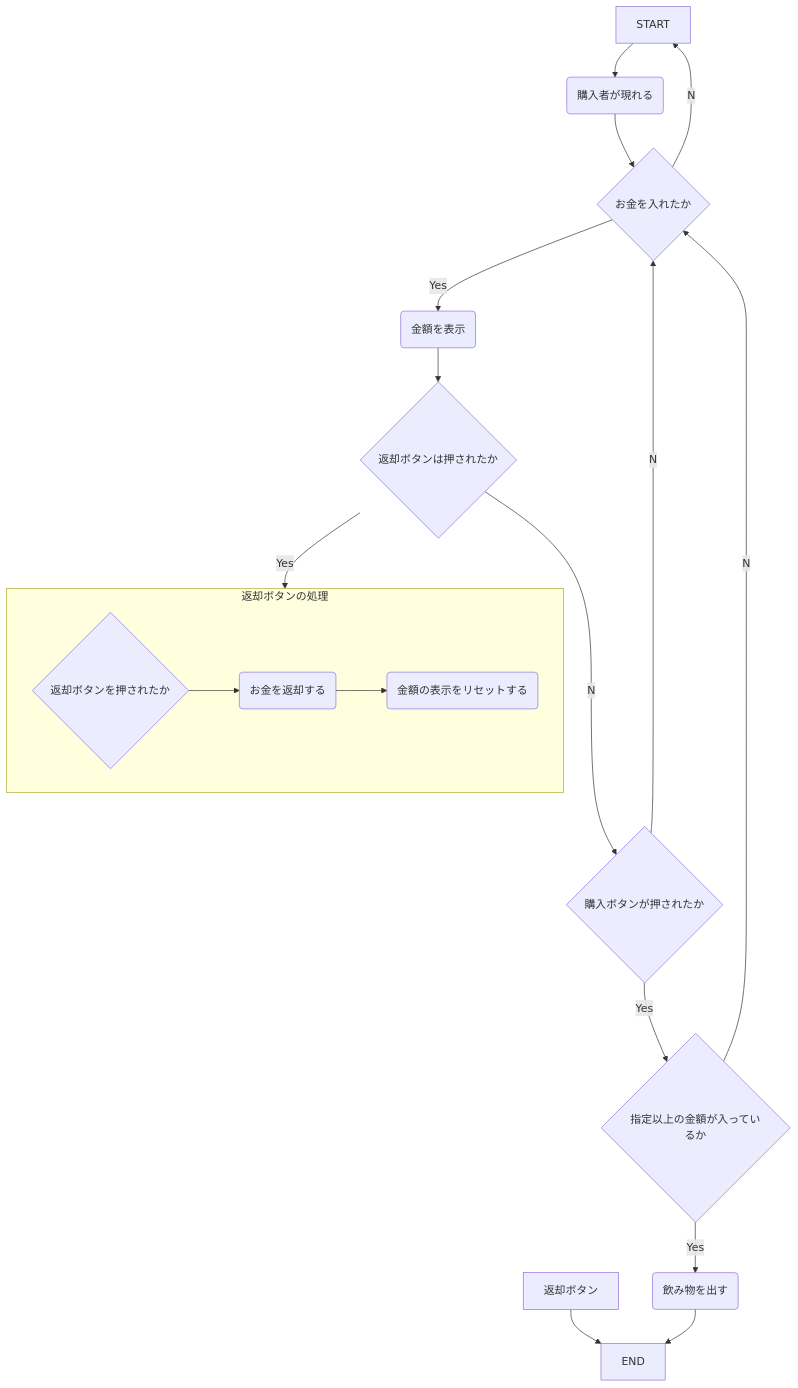
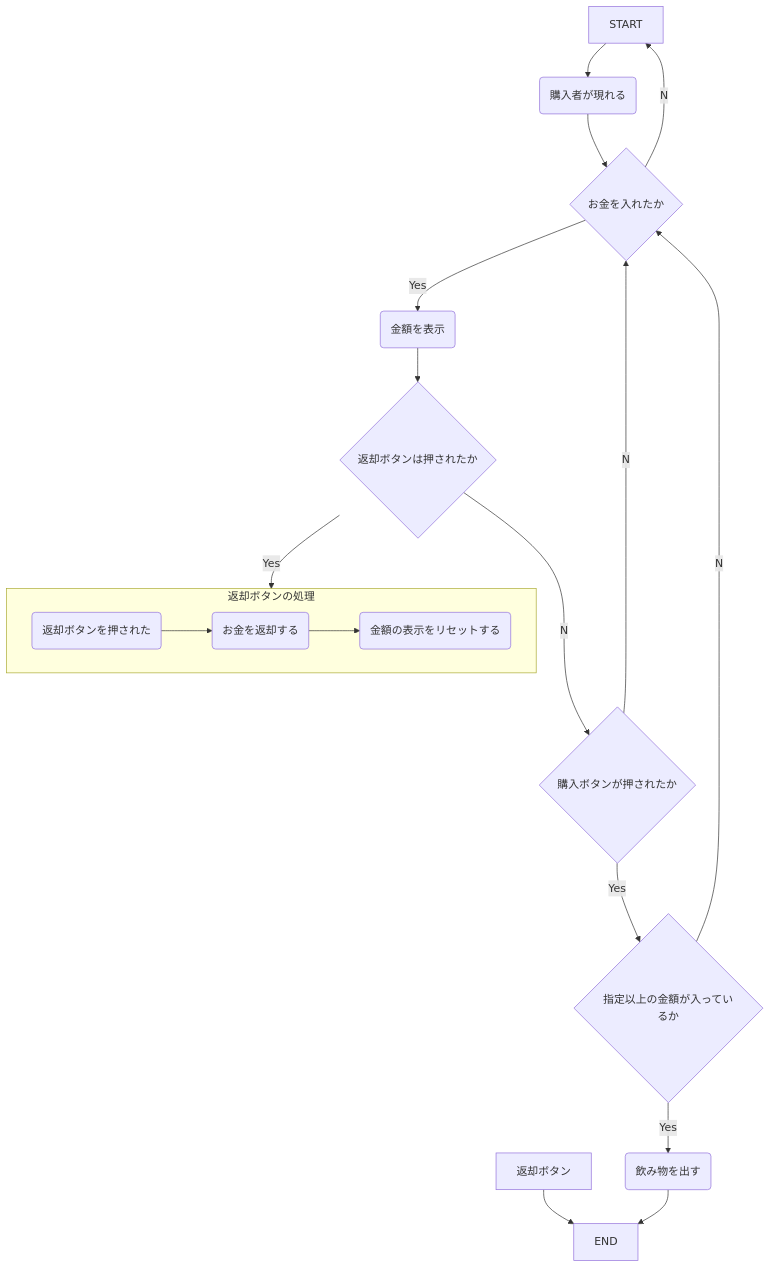
The diagram in README.md (tpu-game-2022/mermaid_test), drawn with Mermaid before and after one commit.

Commit message:
フローチャートを変更した

````diff
--- a/README.md
+++ b/README.md
@@ -20,20 +20,20 @@
 ```mermaid
 flowchart TB
   START-->A(購入者が現れる)
   A(購入者が現れる)-->B{お金を入れたか}
   B--Yes-->C(金額を表示)
   B--No-->START
   C-->D{返却ボタンは押されたか}
   D--Yes-->返却ボタンの処理
   D--No-->E{購入ボタンが押されたか}
     subgraph 返却ボタンの処理
     direction LR
-      D1{返却ボタンを押されたか}-->D2(お金を返却する)-->D3(金額の表示をリセットする)
+      D1(返却ボタンを押された)-->D2(お金を返却する)-->D3(金額の表示をリセットする)
     end
   返却ボタン-->END
   E{購入ボタンが押されたか}--Yes-->F{指定以上の金額が入っているか}
   E--No-->B
   F--Yes-->G(飲み物を出す)
   F--No-->B
   G-->END
 ```
````
